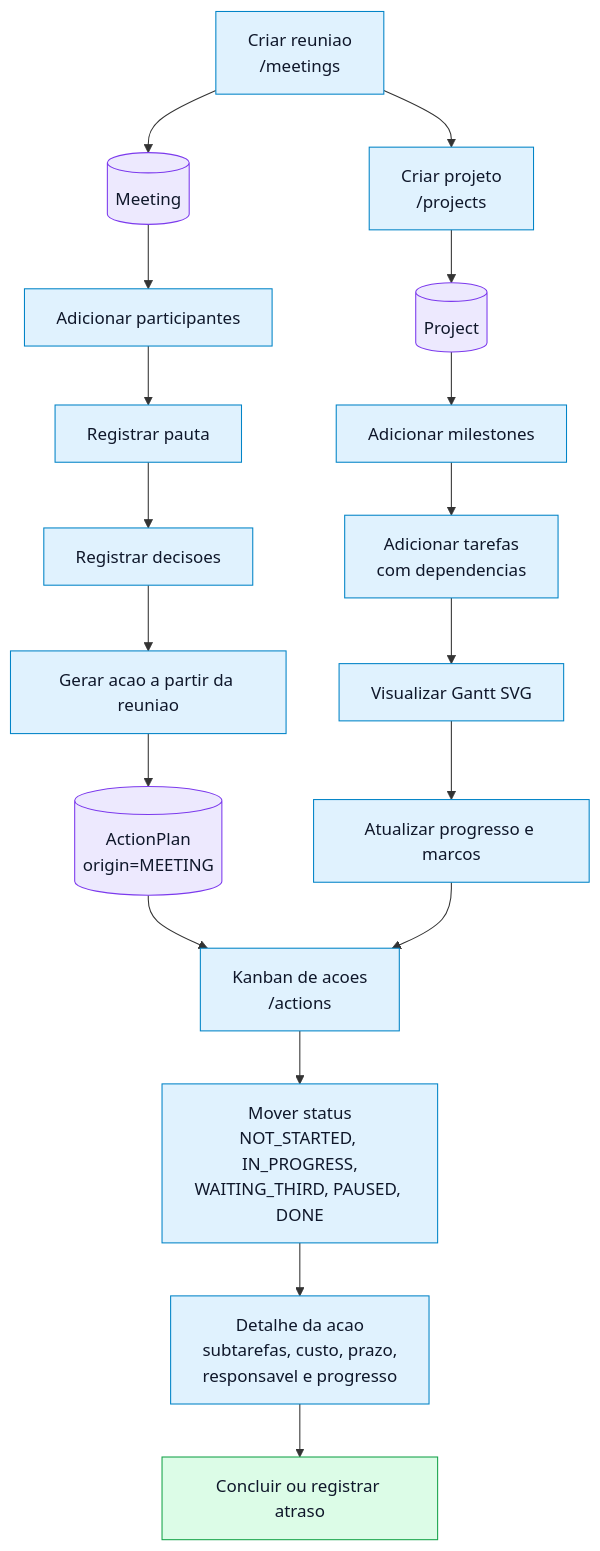
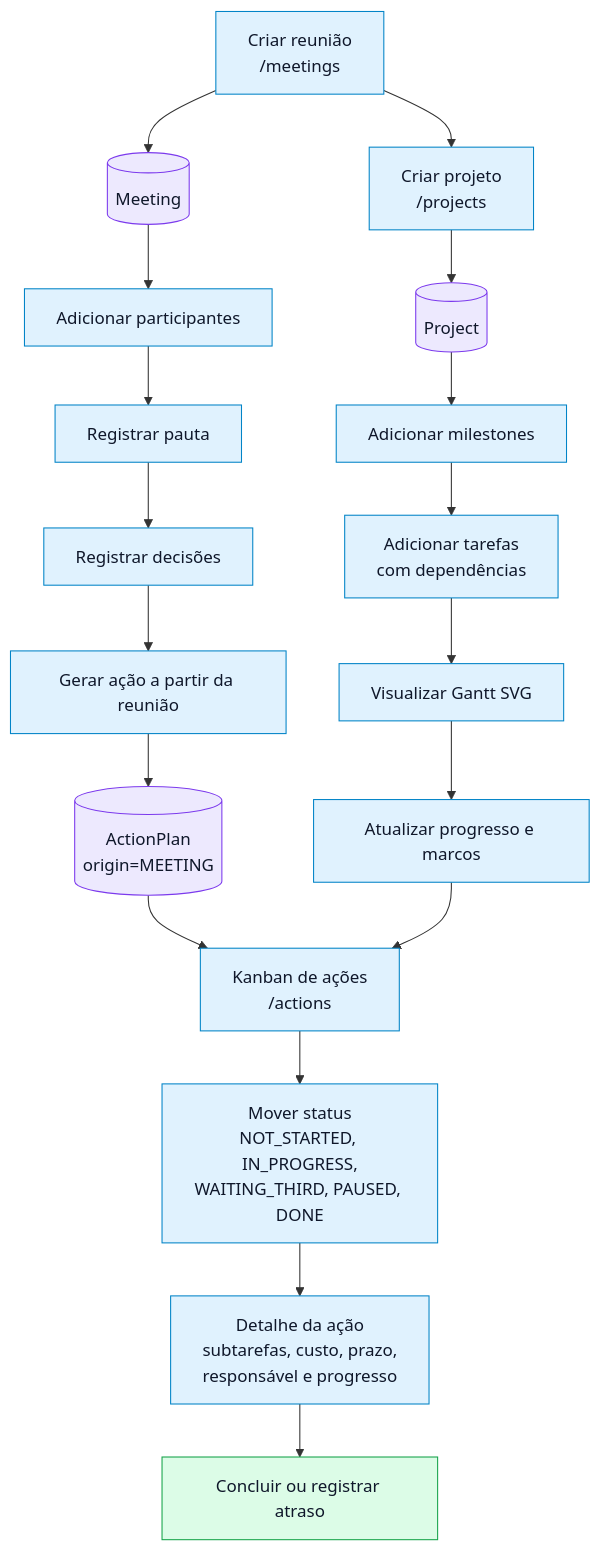
Before and after one commit to aldemirfidelis/gestao-360-indicadores: the eighth of 12 diagrams in docs/fluxograma-completo.md, drawn with Mermaid. The commit also changed other lines of this file and 73 other files, not shown here.

````diff
--- a/docs/fluxograma-completo.md
+++ b/docs/fluxograma-completo.md
@@ -352,27 +352,27 @@
 ```mermaid
 flowchart TD
-  A["Criar reuniao<br/>/meetings"] --> B[("Meeting")]
+  A["Criar reunião<br/>/meetings"] --> B[("Meeting")]
   B --> C["Adicionar participantes"]
   C --> D["Registrar pauta"]
-  D --> E["Registrar decisoes"]
-  E --> F["Gerar acao a partir da reuniao"]
+  D --> E["Registrar decisões"]
+  E --> F["Gerar ação a partir da reunião"]
   F --> G[("ActionPlan<br/>origin=MEETING")]
-  G --> H["Kanban de acoes<br/>/actions"]
+  G --> H["Kanban de ações<br/>/actions"]
   H --> I["Mover status<br/>NOT_STARTED, IN_PROGRESS,<br/>WAITING_THIRD, PAUSED, DONE"]
-  I --> J["Detalhe da acao<br/>subtarefas, custo, prazo,<br/>responsavel e progresso"]
+  I --> J["Detalhe da ação<br/>subtarefas, custo, prazo,<br/>responsável e progresso"]
   J --> K["Concluir ou registrar atraso"]
   A --> L["Criar projeto<br/>/projects"]
   L --> M[("Project")]
   M --> N["Adicionar milestones"]
-  N --> O["Adicionar tarefas<br/>com dependencias"]
+  N --> O["Adicionar tarefas<br/>com dependências"]
   O --> P["Visualizar Gantt SVG"]
   P --> Q["Atualizar progresso e marcos"]
   Q --> H
 
   classDef step fill:#e0f2fe,stroke:#0284c7,color:#0f172a
   classDef rule fill:#dcfce7,stroke:#16a34a,color:#0f172a
   classDef data fill:#ede9fe,stroke:#7c3aed,color:#0f172a
   class A,C,D,E,F,H,I,J,L,N,O,P,Q step
   class K rule
   class B,G,M data
 ```
````
